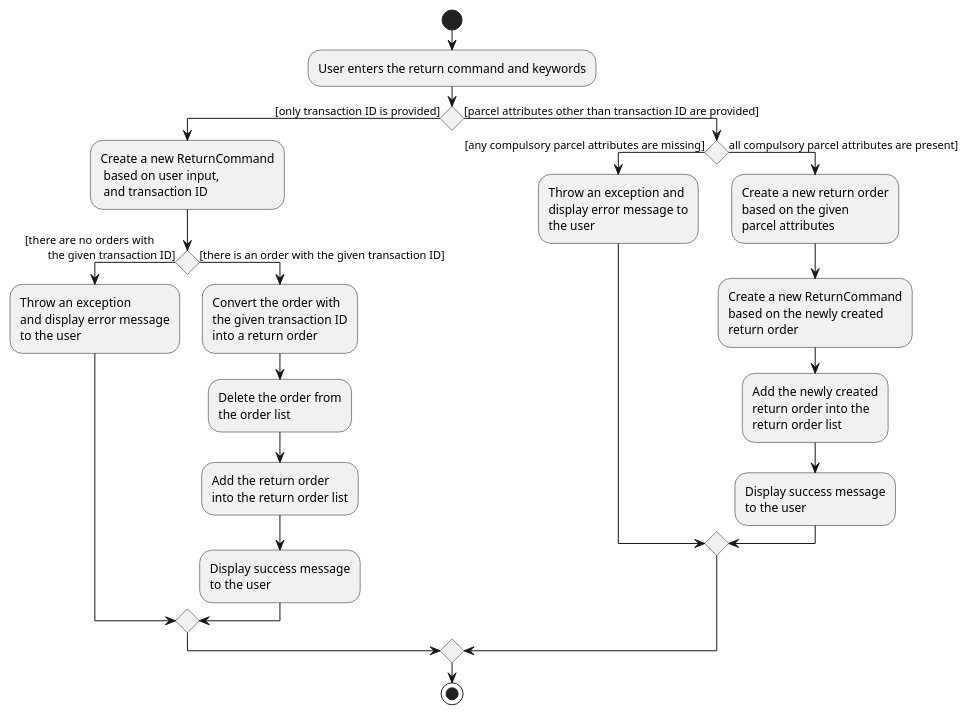
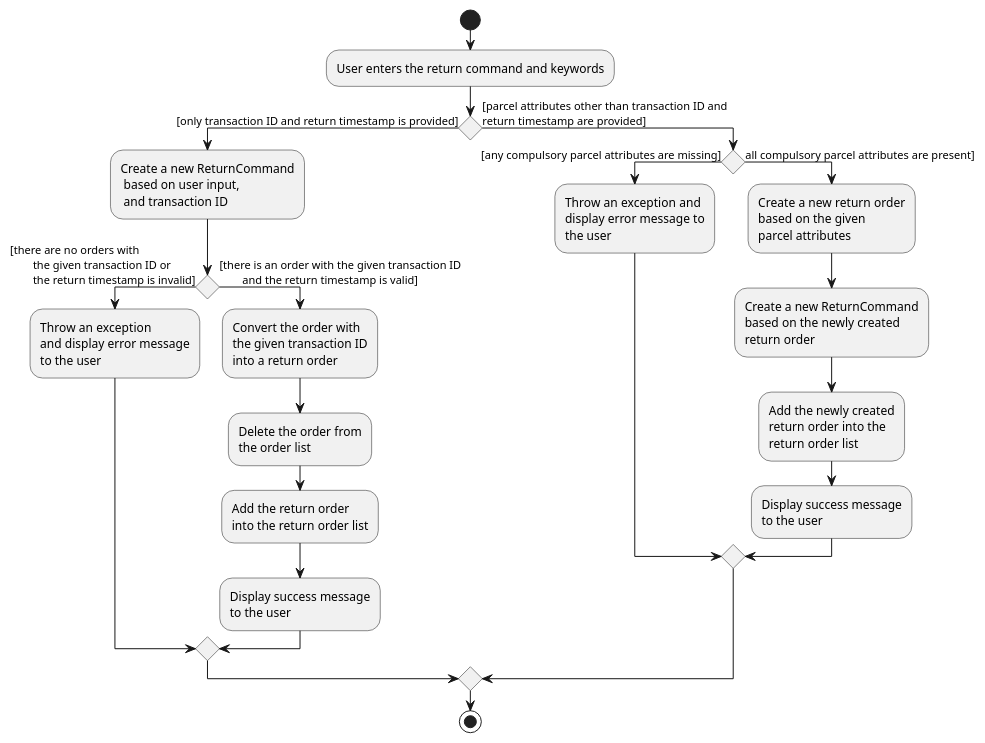
The diagram in docs/diagrams/ReturnCommandActivityDiagram.puml (nus-cs2103-AY1920S2/addressbook-level3), drawn with PlantUML before and after one commit. The commit also changed 7 other files, not shown here.

```diff
--- a/docs/diagrams/ReturnCommandActivityDiagram.puml
+++ b/docs/diagrams/ReturnCommandActivityDiagram.puml
@@ -1,56 +1,58 @@
 @startuml
 /' @author @cherweijie'/
 start
 :User enters the return command and keywords;
-If () then ([only transaction ID is provided])
+If () then ([only transaction ID and return timestamp is provided])
             :Create a new ReturnCommand
              based on user input,
              and transaction ID;
         If () then ([there are no orders with
-        the given transaction ID])
+        the given transaction ID or
+        the return timestamp is invalid])
             :Throw an exception
             and display error message
             to the user;
-
-        else ([there is an order with the given transaction ID])
+        else ([there is an order with the given transaction ID
+        and the return timestamp is valid])
         :Convert the order with
         the given transaction ID
         into a return order;
 
         :Delete the order from
         the order list;
 
         :Add the return order
         into the return order list;
 
         :Display success message
         to the user;
         endif
 
-else ([parcel attributes other than transaction ID are provided])
+else ([parcel attributes other than transaction ID and
+return timestamp are provided])
     If () then ([any compulsory parcel attributes are missing])
         :Throw an exception and
         display error message to
         the user;
     else (all compulsory parcel attributes are present])
 
         :Create a new return order
         based on the given
         parcel attributes;
 
         :Create a new ReturnCommand
         based on the newly created
         return order;
 
         :Add the newly created
         return order into the
         return order list;
 
         :Display success message
         to the user;
     endif
 endif
 
 stop
 
 @enduml
```
